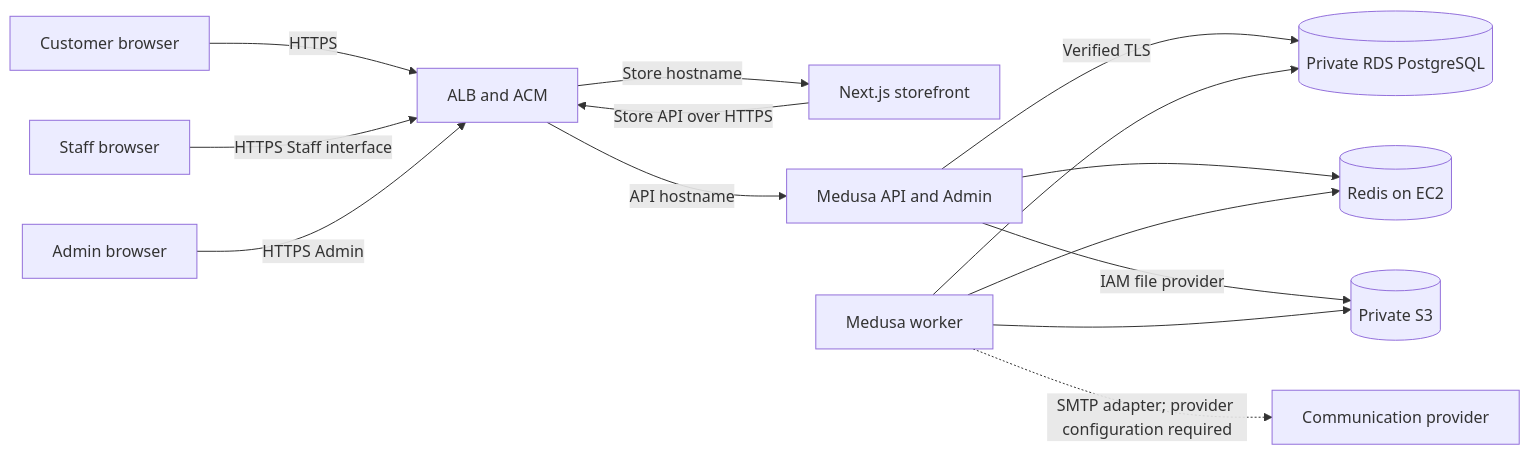
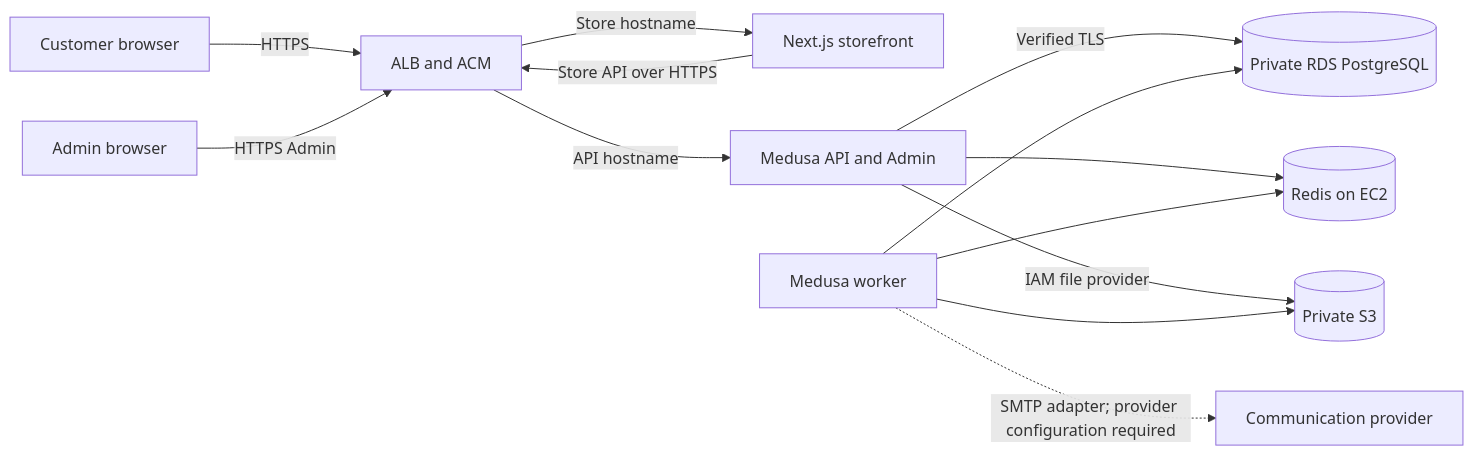
One commit to kieuquy283/EnterpriseE-commercePlatform changed the diagram in docs/spec/03-architecture.md. Above: the diagram before and after it, drawn with Mermaid. The commit also changed other lines of this file and 19 other files, not shown here.

````diff
--- a/docs/spec/03-architecture.md
+++ b/docs/spec/03-architecture.md
@@ -11,16 +11,15 @@
 ```mermaid
 flowchart LR
   Customer[Customer browser] -->|HTTPS| ALB[ALB and ACM]
-  Staff[Staff browser] -->|HTTPS Staff interface| ALB
   Administrator[Admin browser] -->|HTTPS Admin| ALB
   ALB -->|Store hostname| Web[Next.js storefront]
   ALB -->|API hostname| API[Medusa API and Admin]
   Web -->|Store API over HTTPS| ALB
   API -->|Verified TLS| DB[(Private RDS PostgreSQL)]
   API --> Redis[(Redis on EC2)]
   Worker[Medusa worker] --> DB
   Worker --> Redis
   API -->|IAM file provider| S3[(Private S3)]
   Worker --> S3
   Worker -.->|SMTP adapter; provider configuration required| Provider[Communication provider]
 ```
````
